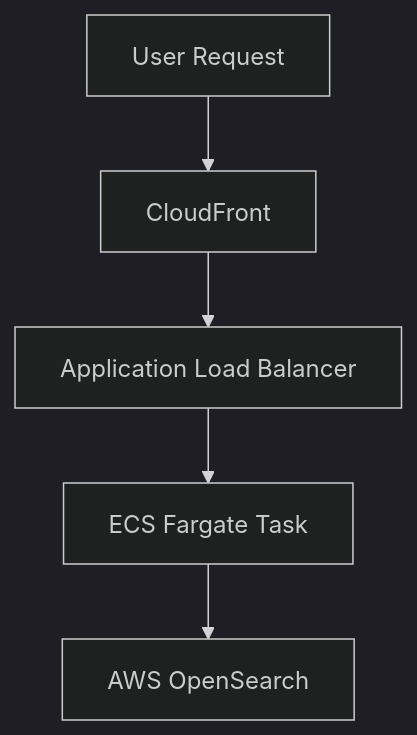
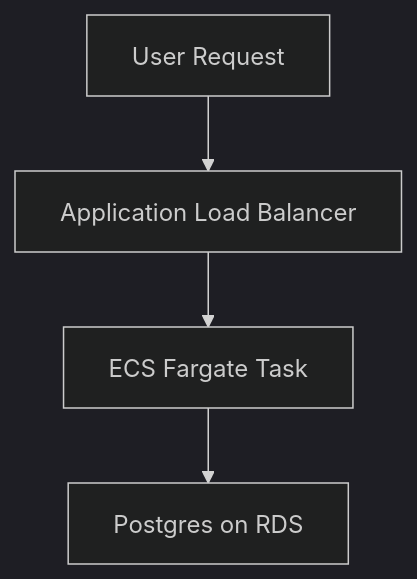
The first of 2 diagrams in docs/services/ohid/utidiary.md (ntse/docs), drawn with Mermaid (dark theme) before and after one commit. The commit also changed other lines of this file and 3 other files, not shown here.

Commit message:
Fix incorrect diagram

````diff
--- a/docs/services/ohid/utidiary.md
+++ b/docs/services/ohid/utidiary.md
@@ -14,10 +14,9 @@
 ```mermaid
 graph TD;
     User[User Request]
-    CloudFront[CloudFront]
     ALB[Application Load Balancer]
     ECS[ECS Fargate Task]
-    OpenSearch[AWS OpenSearch]
+    RDS[Postgres on RDS]
 
-    User --> CloudFront --> ALB --> ECS --> OpenSearch
+    User --> ALB --> ECS --> RDS
 ```
````
